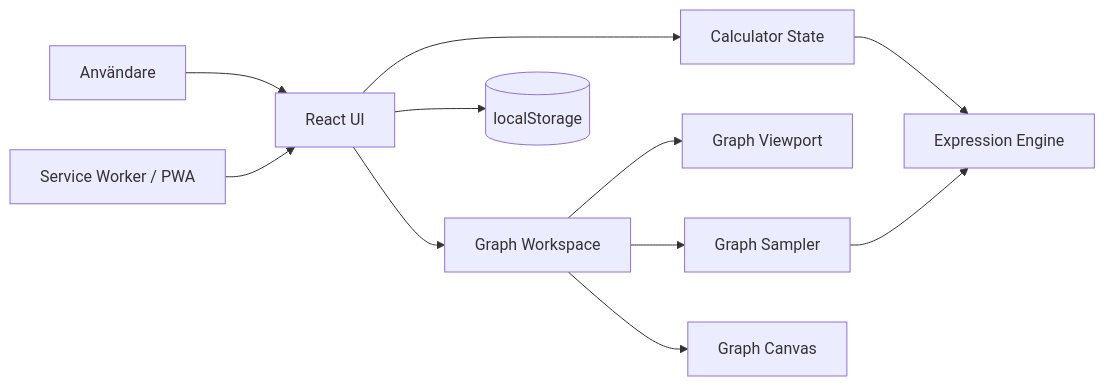
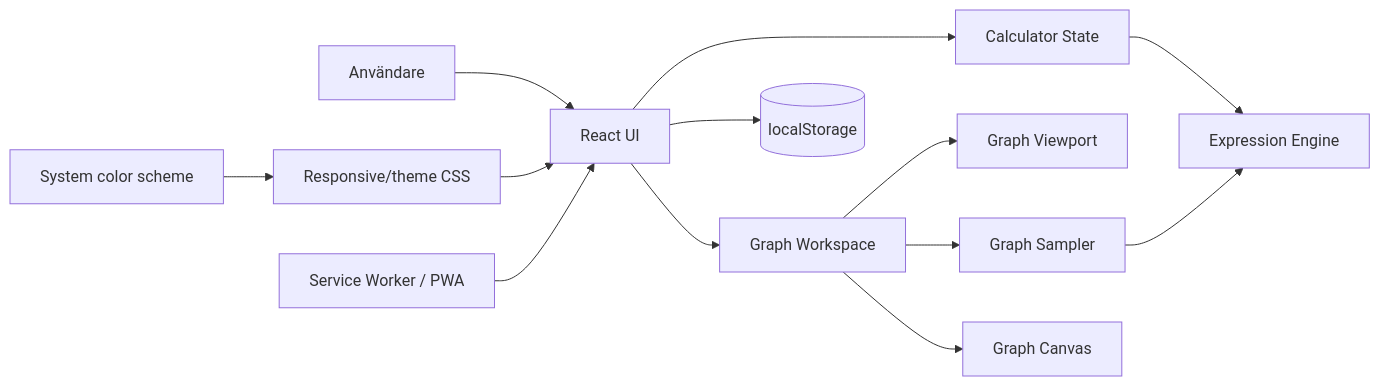
The diagram in docs/architecture.md (erland/pwa-calculator), drawn with Mermaid before and after one commit. The commit also changed other lines of this file and 19 other files, not shown here.

````diff
--- a/docs/architecture.md
+++ b/docs/architecture.md
@@ -18,13 +19,15 @@
 ```mermaid
 flowchart LR
     User[Användare] --> UI[React UI]
     UI --> State[Calculator State]
     State --> Engine[Expression Engine]
     UI --> Graph[Graph Workspace]
     Graph --> Viewport[Graph Viewport]
     Graph --> Sampler[Graph Sampler]
     Sampler --> Engine
     Graph --> Canvas[Graph Canvas]
     UI --> Storage[(localStorage)]
+    System[System color scheme] --> CSS[Responsive/theme CSS]
+    CSS --> UI
     Browser[Service Worker / PWA] --> UI
 ```
````
